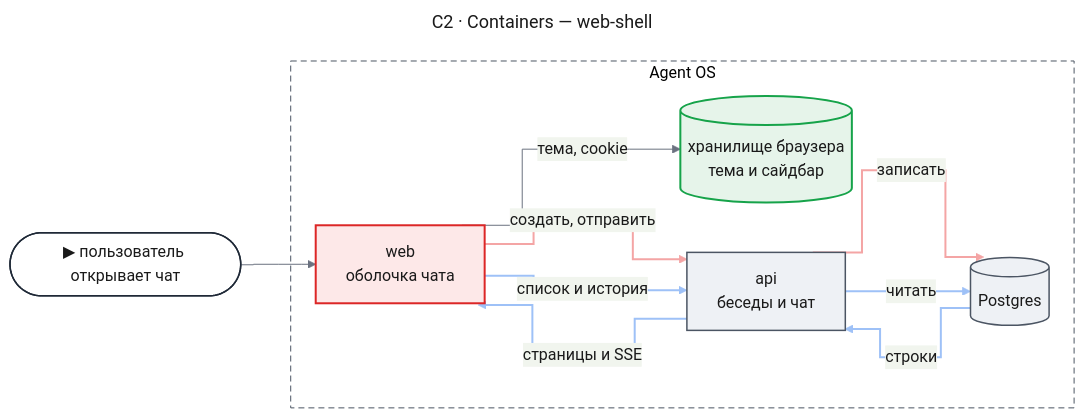
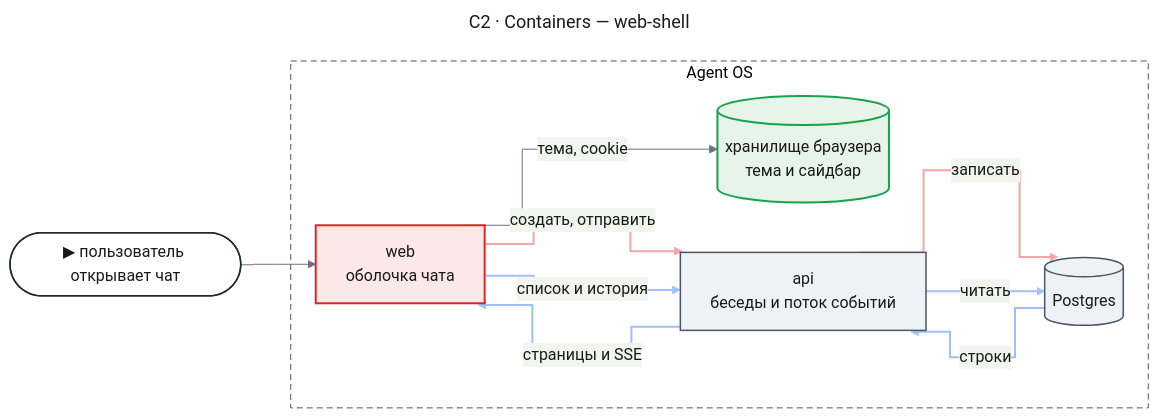
The first of 8 diagrams in docs/features/chat-shell/design-web-shell.md (tundraray/agent-os), drawn with Mermaid before and after one commit. The commit also changed other lines of this file and 1225 other files, not shown here.

````diff
--- a/docs/features/chat-shell/design-web-shell.md
+++ b/docs/features/chat-shell/design-web-shell.md
@@ -371,55 +199,55 @@
 ```mermaid
 ---
 title: "C2 · Containers — web-shell"
 config:
   theme: base
   look: classic
   themeVariables:
     primaryColor: "#eef1f5"
     primaryBorderColor: "#4b5563"
     primaryTextColor: "#1a1a1a"
     lineColor: "#6b7280"
   flowchart:
     curve: step
   themeCSS: |
     @keyframes lit_c2{0%,15.0%{stroke:#991b1b;stroke-width:6px}16.67%,100%{stroke:#f4a5a5;stroke-width:2px}}
     @keyframes litr_c2{0%,15.0%{stroke:#1d4ed8;stroke-width:6px}16.67%,100%{stroke:#9ec1f7;stroke-width:2px}}
 ---
 flowchart LR
     entry(["▶ пользователь открывает чат"])
     subgraph prod["Agent OS"]
         web["web<br/>оболочка чата"]
         bs[("хранилище браузера<br/>тема и сайдбар")]
-        api["api<br/>беседы и чат"]
+        api["api<br/>беседы и поток событий"]
         db[("Postgres")]
     end
     entry --> web
     web e1@-->|"создать, отправить"| api
     api e2@-->|"записать"| db
     web e3@-->|"список и история"| api
     api e4@-->|"читать"| db
     db e5@-->|"строки"| api
     api e6@-->|"страницы и SSE"| web
     web -->|"тема, cookie"| bs
     classDef entry fill:#ffffff,stroke:#1f2937,stroke-width:1.5px,color:#1a1a1a
     classDef changed fill:#fde8e8,stroke:#dc2626,stroke-width:2px,color:#1a1a1a
     classDef new fill:#e6f4ea,stroke:#16a34a,stroke-width:2px,color:#1a1a1a
     classDef unchanged fill:#eef1f5,stroke:#4b5563,stroke-width:1.5px,color:#1a1a1a
     style prod fill:none,stroke:#4b5563,stroke-width:1px,stroke-dasharray:6 4
     class entry entry
     class web changed
     class bs new
     class api,db unchanged
     classDef s1 stroke:#f4a5a5,stroke-width:2px,animation:lit_c2 7.2s linear 0.0s infinite
     classDef s2 stroke:#f4a5a5,stroke-width:2px,animation:lit_c2 7.2s linear 1.2s infinite
     classDef s3 stroke:#9ec1f7,stroke-width:2px,animation:litr_c2 7.2s linear 2.4s infinite
     classDef s4 stroke:#9ec1f7,stroke-width:2px,animation:litr_c2 7.2s linear 3.6s infinite
     classDef s5 stroke:#9ec1f7,stroke-width:2px,animation:litr_c2 7.2s linear 4.8s infinite
     classDef s6 stroke:#9ec1f7,stroke-width:2px,animation:litr_c2 7.2s linear 6.0s infinite
     class e1 s1
     class e2 s2
     class e3 s3
     class e4 s4
     class e5 s5
     class e6 s6
 ```
````
